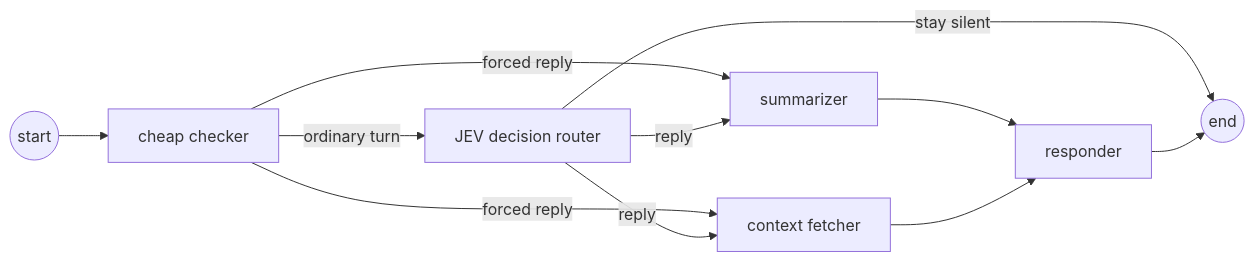
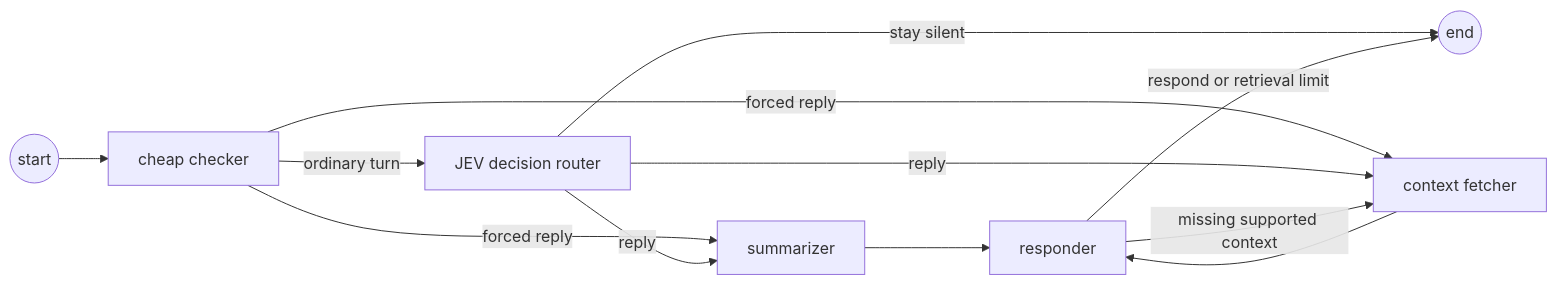
The second of 2 diagrams in README.md (GeneralR3d/Rachel), drawn with Mermaid before and after one commit. The commit also changed other lines of this file and 16 other files, not shown here.

````diff
--- a/README.md
+++ b/README.md
@@ -106,13 +106,14 @@
 ```mermaid
 flowchart LR
     S((start)) --> C[cheap checker]
     C -->|forced reply| SUM[summarizer]
     C -->|forced reply| CTX[context fetcher]
     C -->|ordinary turn| R[JEV decision router]
     R -->|stay silent| E((end))
     R -->|reply| SUM
     R -->|reply| CTX
     SUM --> RESP[responder]
     CTX --> RESP
-    RESP --> E
+    RESP -->|respond or retrieval limit| E
+    RESP -->|missing supported context| CTX
 ```
````
